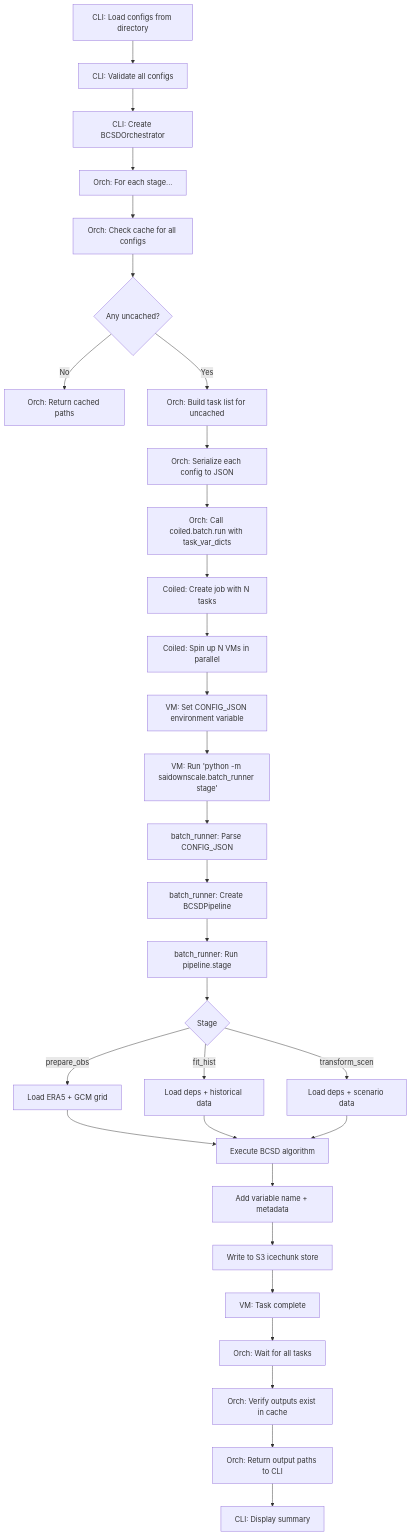
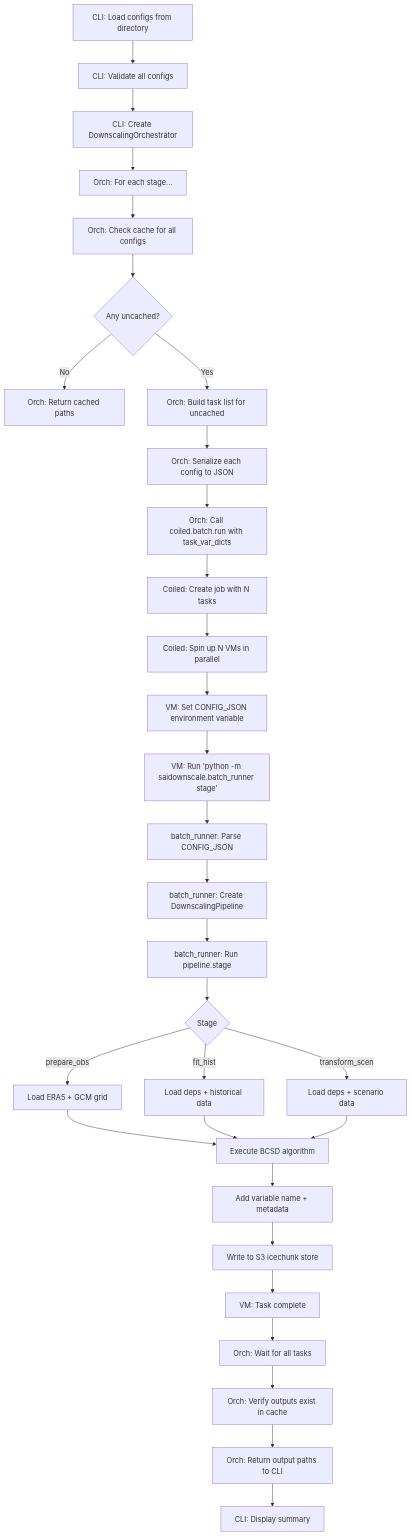
One commit to carbonplan/sai-downscaling changed the third of 3 diagrams in docs/explanation/pipeline-architecture.md. Above: the diagram before and after it, drawn with Mermaid. The commit also changed other lines of this file and 50 other files, not shown here.

````diff
--- a/docs/explanation/pipeline-architecture.md
+++ b/docs/explanation/pipeline-architecture.md
@@ -305,43 +305,43 @@
 ```mermaid
 flowchart TD
     A[CLI: Load configs from directory] --> B[CLI: Validate all configs]
-    B --> C[CLI: Create BCSDOrchestrator]
+    B --> C[CLI: Create DownscalingOrchestrator]
     C --> D[Orch: For each stage...]
     
     D --> E[Orch: Check cache for all configs]
     E --> F{Any uncached?}
     
     F -->|No| G[Orch: Return cached paths]
     F -->|Yes| H[Orch: Build task list for uncached]
     
     H --> I[Orch: Serialize each config to JSON]
     I --> J[Orch: Call coiled.batch.run with task_var_dicts]
     
     J --> K[Coiled: Create job with N tasks]
     K --> L[Coiled: Spin up N VMs in parallel]
     
     L --> M[VM: Set CONFIG_JSON environment variable]
     M --> N[VM: Run 'python -m saidownscale.batch_runner stage']
     
     N --> O[batch_runner: Parse CONFIG_JSON]
-    O --> P[batch_runner: Create BCSDPipeline]
+    O --> P[batch_runner: Create DownscalingPipeline]
     P --> Q[batch_runner: Run pipeline.stage]
     
     Q --> R{Stage}
     R -->|prepare_obs| S1[Load ERA5 + GCM grid]
     R -->|fit_hist| S2[Load deps + historical data]
     R -->|transform_scen| S3[Load deps + scenario data]
     
     S1 --> T[Execute BCSD algorithm]
     S2 --> T
     S3 --> T
     
     T --> U[Add variable name + metadata]
     U --> V[Write to S3 icechunk store]
     V --> W[VM: Task complete]
     
     W --> X[Orch: Wait for all tasks]
     X --> Y[Orch: Verify outputs exist in cache]
     Y --> Z[Orch: Return output paths to CLI]
     Z --> AA[CLI: Display summary]
 ```
````
